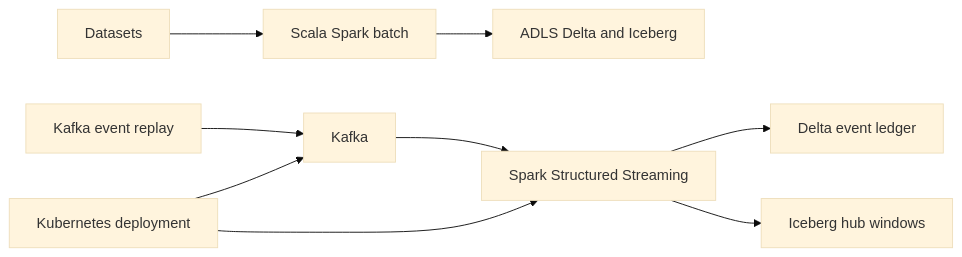
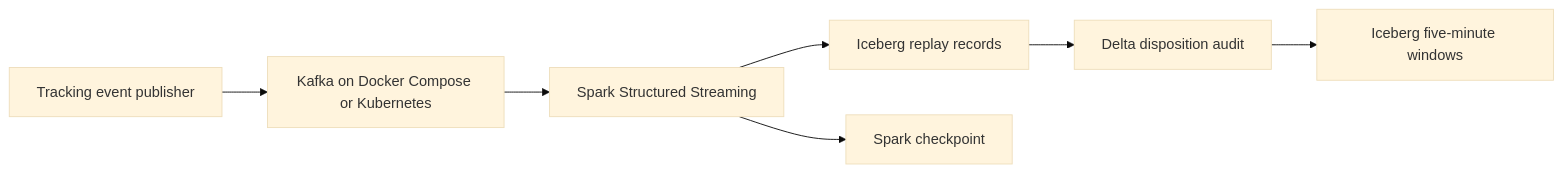
One commit to TheJD00/project-meridian changed the second of 3 diagrams in Architecture/README.md. Above: the diagram before and after it, drawn with Mermaid (base theme). The commit also changed other lines of this file and 78 other files, not shown here.

````diff
--- a/Architecture/README.md
+++ b/Architecture/README.md
@@ -5,11 +19,9 @@
 ```mermaid
 flowchart LR
-  CSV[Datasets] --> Batch[Scala Spark batch]
-  Batch --> Lake[ADLS Delta and Iceberg]
-  Events[Kafka event replay] --> Broker[Kafka]
-  Broker --> Stream[Spark Structured Streaming]
-  Stream --> Ledger[Delta event ledger]
-  Stream --> Windows[Iceberg hub windows]
-  Kubernetes[Kubernetes deployment] --> Broker
-  Kubernetes --> Stream
+  Producer["Tracking event publisher"] --> Broker["Kafka on Docker Compose or Kubernetes"]
+  Broker --> Spark["Spark Structured Streaming"]
+  Spark --> Replay["Iceberg replay records"]
+  Replay --> Audit["Delta disposition audit"]
+  Audit --> Windows["Iceberg five-minute windows"]
+  Spark --> Checkpoint["Spark checkpoint"]
 ```
````
